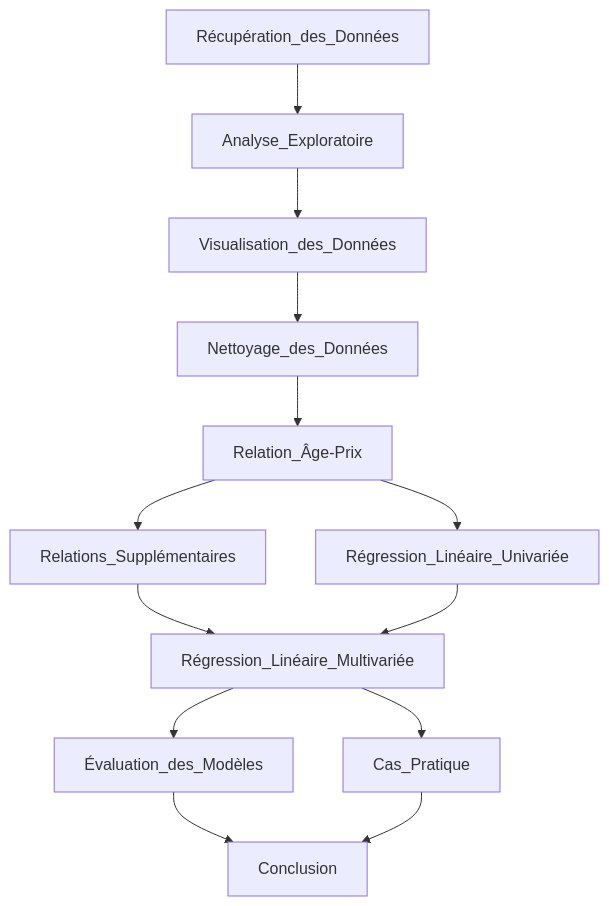
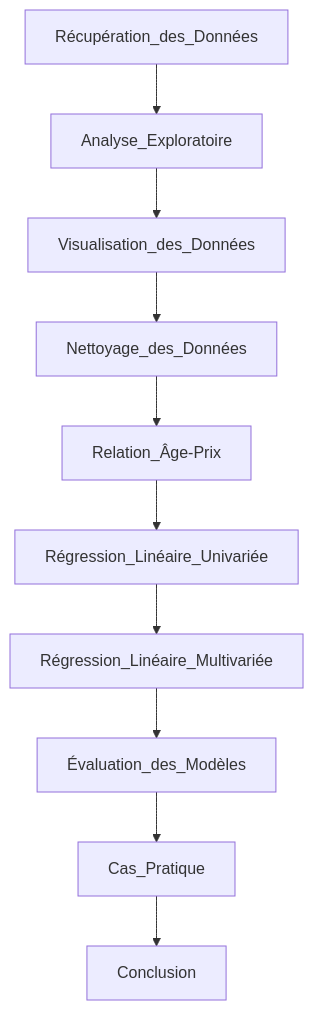
Before and after one commit to marwan-rouissi/new-car: the diagram in README.md, drawn with Mermaid. The commit also changed 1 other file, not shown here.

Commit message:
Veille techno Regression Linéaire + Mermaid Update

````diff
--- a/README.md
+++ b/README.md
@@ -22,13 +22,12 @@
 ```mermaid
 flowchart TB
     Récupération_des_Données --> Analyse_Exploratoire
     Analyse_Exploratoire --> Visualisation_des_Données
     Visualisation_des_Données --> Nettoyage_des_Données
     Nettoyage_des_Données --> Relation_Âge-Prix
     Relation_Âge-Prix --> Régression_Linéaire_Univariée
-    Relation_Âge-Prix --> Relations_Supplémentaires --> Régression_Linéaire_Multivariée
     Régression_Linéaire_Univariée --> Régression_Linéaire_Multivariée
     Régression_Linéaire_Multivariée --> Évaluation_des_Modèles
-    Régression_Linéaire_Multivariée --> Cas_Pratique
-    Évaluation_des_Modèles & Cas_Pratique --> Conclusion
+    Évaluation_des_Modèles --> Cas_Pratique
+    Cas_Pratique --> Conclusion
 ```
````
